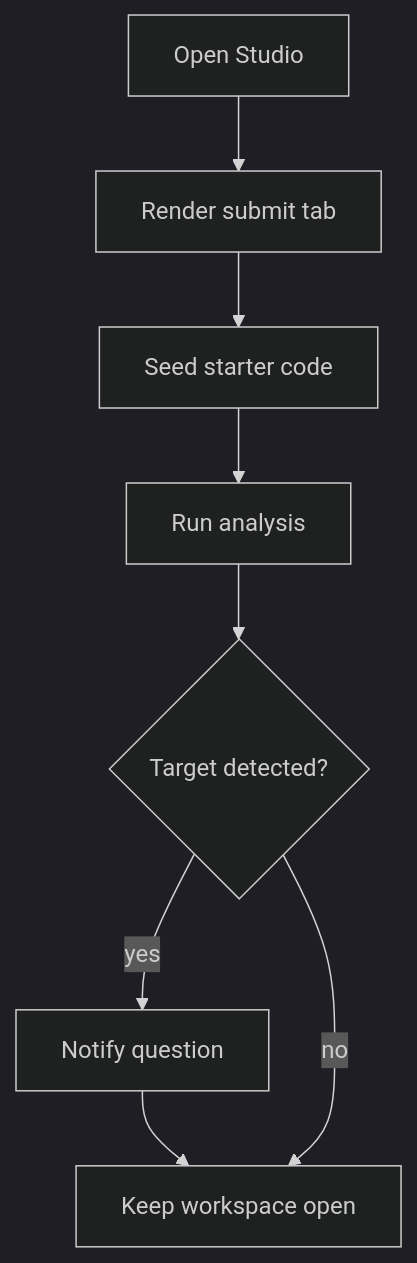
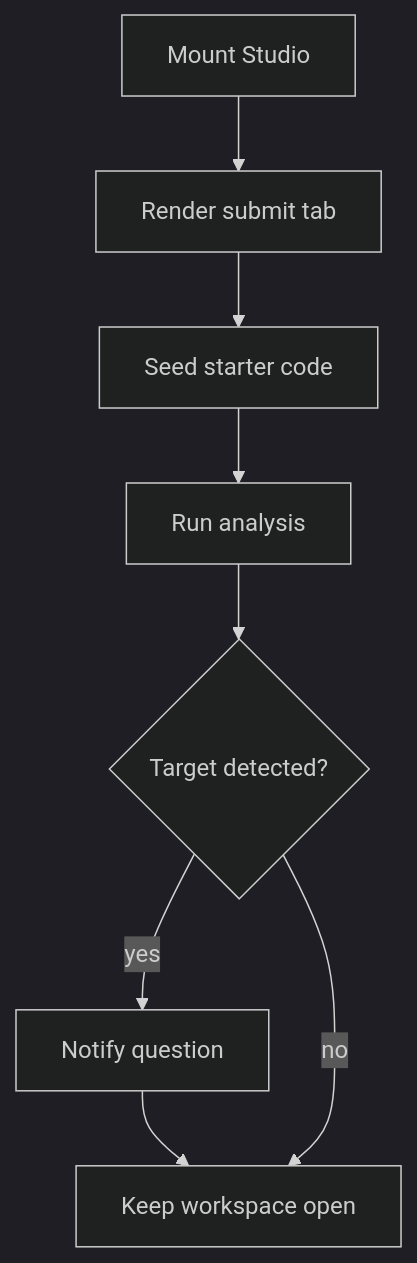
Before and after one commit to JohnAndrewBalbarosa/NeoTerritory: the diagram in docs/Codebase/Frontend/src/components/studio/StudioSurface.tsx.md, drawn with Mermaid (dark theme). The commit also changed other lines of this file and 28 other files, not shown here.

Commit message:
feat: unify assessment wrapper and dev tool flow

````diff
--- a/docs/Codebase/Frontend/src/components/studio/StudioSurface.tsx.md
+++ b/docs/Codebase/Frontend/src/components/studio/StudioSurface.tsx.md
@@ -9,13 +9,13 @@
 ```mermaid
 flowchart TD
-    Start["Open Studio"]
+    Start["Mount Studio"]
     N0["Render submit tab"]
     N1["Seed starter code"]
     N2["Run analysis"]
     D0{"Target detected?"}
     N3["Notify question"]
     End["Keep workspace open"]
     Start --> N0 --> N1 --> N2 --> D0
     D0 -->|yes| N3 --> End
     D0 -->|no| End
 ```
````
